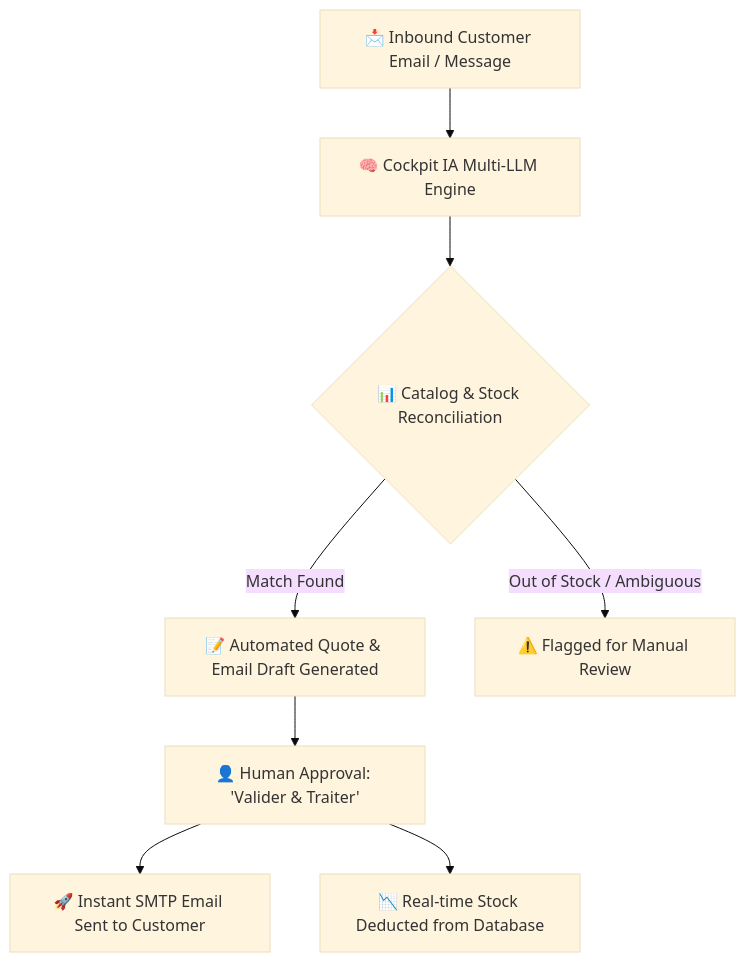
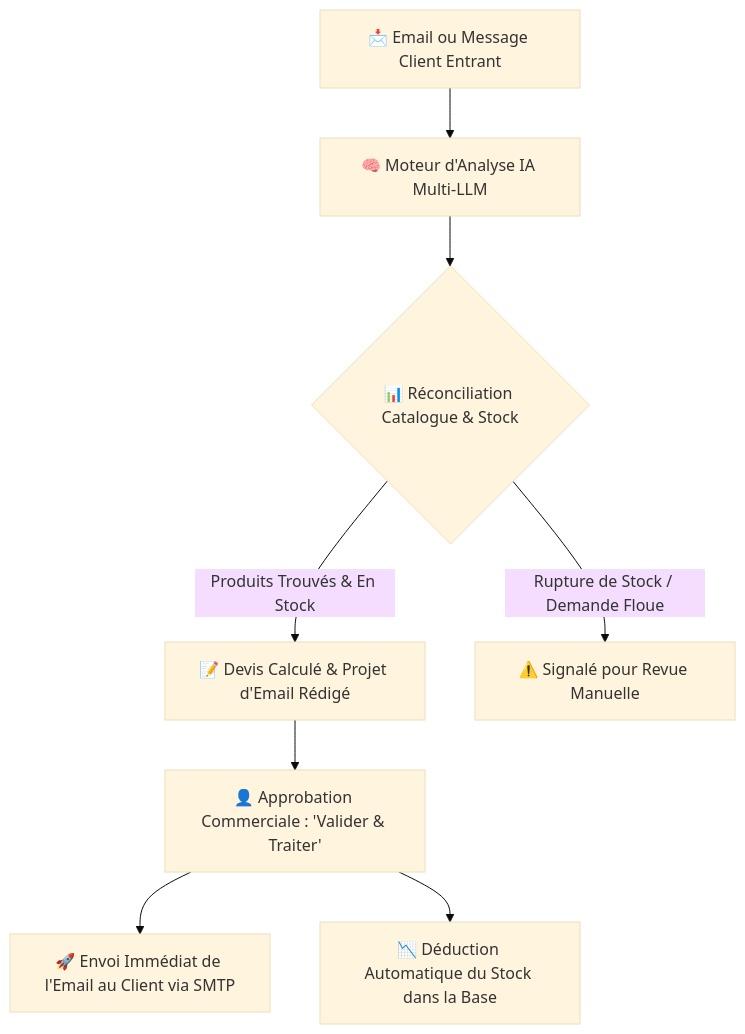
Before and after one commit to ellsimohammed8-prog/Cockpit-IA: the diagram in README.md, drawn with Mermaid (base theme). The commit also changed other lines of this file, not shown here.

````diff
--- a/README.md
+++ b/README.md
@@ -53,10 +53,10 @@
 ```mermaid
 flowchart TD
-    A[📩 Inbound Customer Email / Message] --> B[🧠 Cockpit IA Multi-LLM Engine]
-    B --> C{📊 Catalog & Stock Reconciliation}
-    C -->|Match Found| D[📝 Automated Quote & Email Draft Generated]
-    C -->|Out of Stock / Ambiguous| E[⚠️ Flagged for Manual Review]
-    D --> F[👤 Human Approval: 'Valider & Traiter']
-    F --> G[🚀 Instant SMTP Email Sent to Customer]
-    F --> H[📉 Real-time Stock Deducted from Database]
+    A[📩 Email ou Message Client Entrant] --> B[🧠 Moteur d'Analyse IA Multi-LLM]
+    B --> C{📊 Réconciliation Catalogue & Stock}
+    C -->|Produits Trouvés & En Stock| D[📝 Devis Calculé & Projet d'Email Rédigé]
+    C -->|Rupture de Stock / Demande Floue| E[⚠️ Signalé pour Revue Manuelle]
+    D --> F[👤 Approbation Commerciale : 'Valider & Traiter']
+    F --> G[🚀 Envoi Immédiat de l'Email au Client via SMTP]
+    F --> H[📉 Déduction Automatique du Stock dans la Base]
 ```
````
